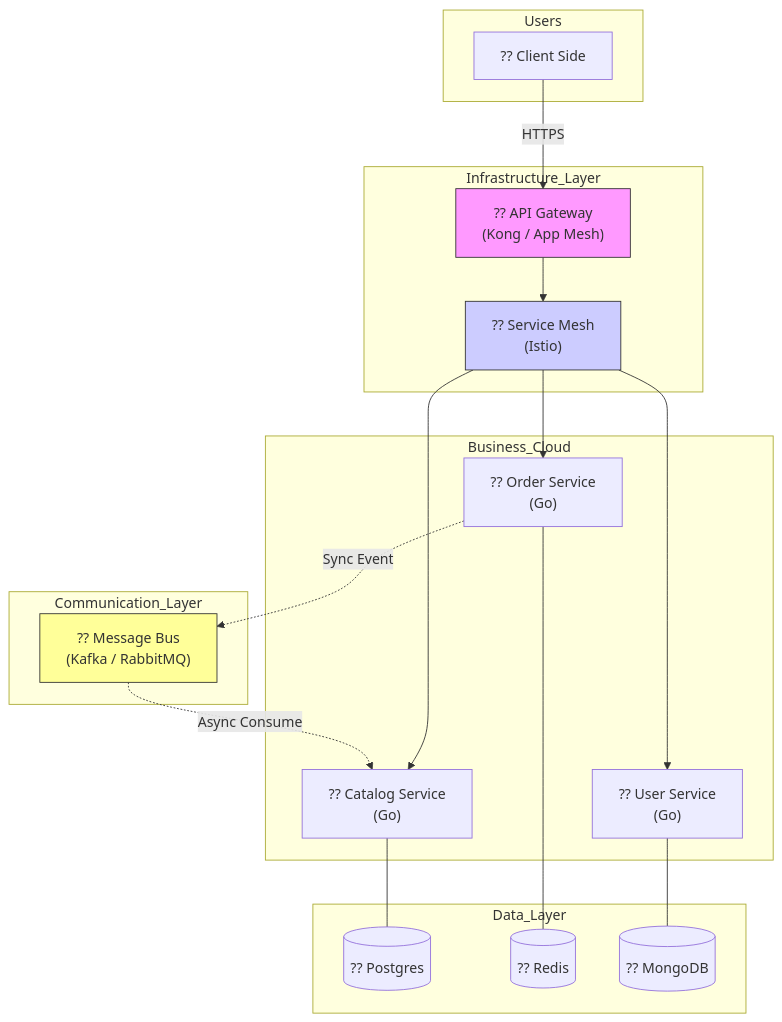
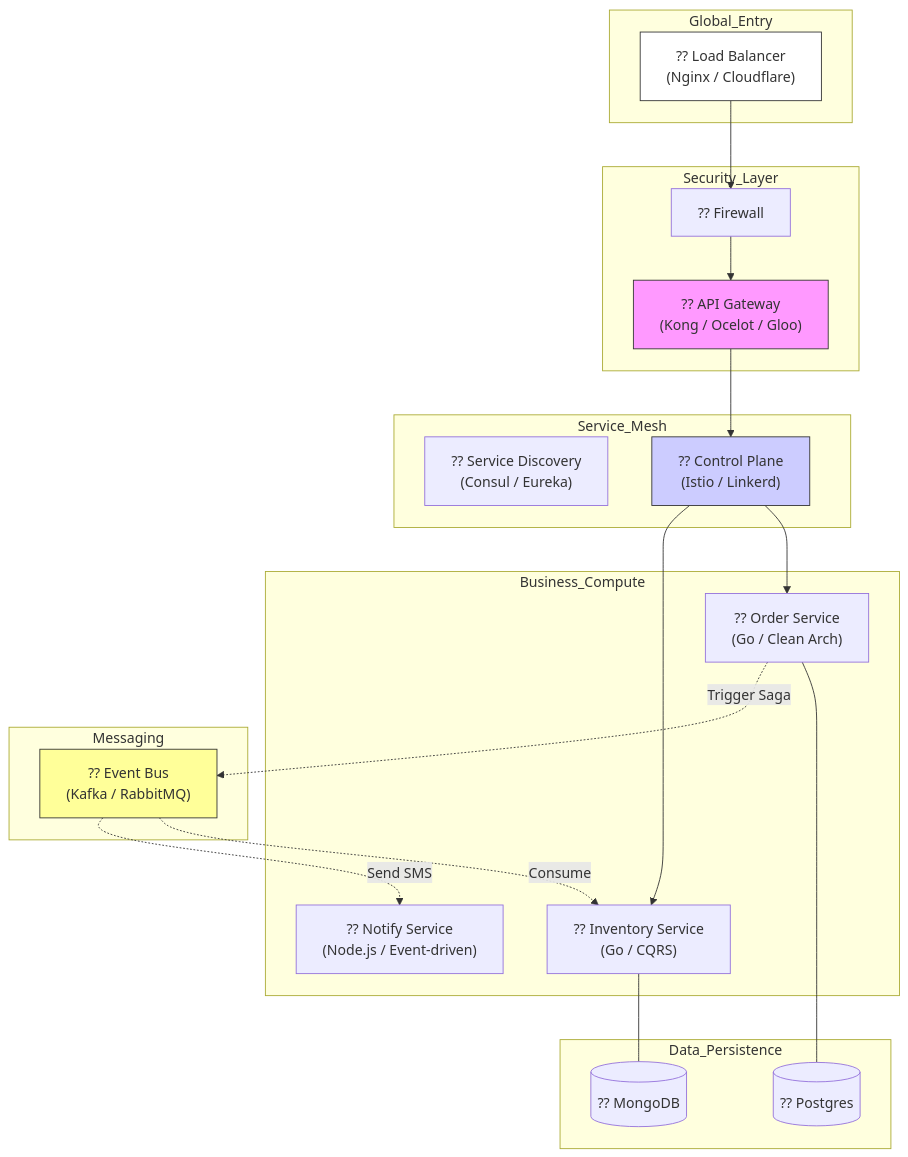
One commit to arch-yunus/microservices-101 changed the diagram in README.md. Above: the diagram before and after it, drawn with Mermaid. The commit also changed other lines of this file, not shown here.

Commit message:
docs: ultimate extension of README with deep dives, pro-tips and advanced architecture

````diff
--- a/README.md
+++ b/README.md
@@ -106,44 +105,49 @@
 ```mermaid
 graph TD
-    subgraph Users
-        Client["?? Client Side"]
+    subgraph Global_Entry
+        LB["?? Load Balancer <br/>(Nginx / Cloudflare)"]
     end
 
-    subgraph Infrastructure_Layer
-        Gateway["?? API Gateway <br/>(Kong / App Mesh)"]
-        Mesh["?? Service Mesh <br/>(Istio)"]
+    subgraph Security_Layer
+        Gateway["?? API Gateway <br/>(Kong / Ocelot / Gloo)"]
+        WAF["?? Firewall"]
     end
 
-    subgraph Business_Cloud
-        Catalog["?? Catalog Service <br/>(Go)"]
-        Order["?? Order Service <br/>(Go)"]
-        User["?? User Service <br/>(Go)"]
+    subgraph Service_Mesh
+        Discovery["?? Service Discovery <br/>(Consul / Eureka)"]
+        Mesh["?? Control Plane <br/>(Istio / Linkerd)"]
     end
 
-    subgraph Data_Layer
-        DB1[("?? Postgres")]
-        DB2[("?? Redis")]
-        DB3[("?? MongoDB")]
+    subgraph Business_Compute
+        OrderSvc["?? Order Service <br/>(Go / Clean Arch)"]
+        InvSvc["?? Inventory Service <br/>(Go / CQRS)"]
+        NotifySvc["?? Notify Service <br/>(Node.js / Event-driven)"]
     end
 
-    subgraph Communication_Layer
-        Bus["?? Message Bus <br/>(Kafka / RabbitMQ)"]
+    subgraph Data_Persistence
+        OrderDB[("?? Postgres")]
+        InvDB[("?? MongoDB")]
     end
 
-    Client -->|HTTPS| Gateway
+    subgraph Messaging
+        Broker["?? Event Bus <br/>(Kafka / RabbitMQ)"]
+    end
+
+    LB --> WAF
+    WAF --> Gateway
     Gateway --> Mesh
-    Mesh --> Catalog
-    Mesh --> Order
-    Mesh --> User
-
-    Catalog --- DB1
-    Order --- DB2
-    User --- DB3
-
-    Order -.->|Sync Event| Bus
-    Bus -.->|Async Consume| Catalog
+    Mesh --> OrderSvc
+    Mesh --> InvSvc
+    
+    OrderSvc --- OrderDB
+    InvSvc --- InvDB
+    
+    OrderSvc -.->|Trigger Saga| Broker
+    Broker -.->|Consume| InvSvc
+    Broker -.->|Send SMS| NotifySvc
     
     style Gateway fill:#f9f,stroke:#333
     style Mesh fill:#ccf,stroke:#333
-    style Bus fill:#ff9,stroke:#333
+    style Broker fill:#ff9,stroke:#333
+    style LB fill:#fff,stroke:#333
 ```
````
